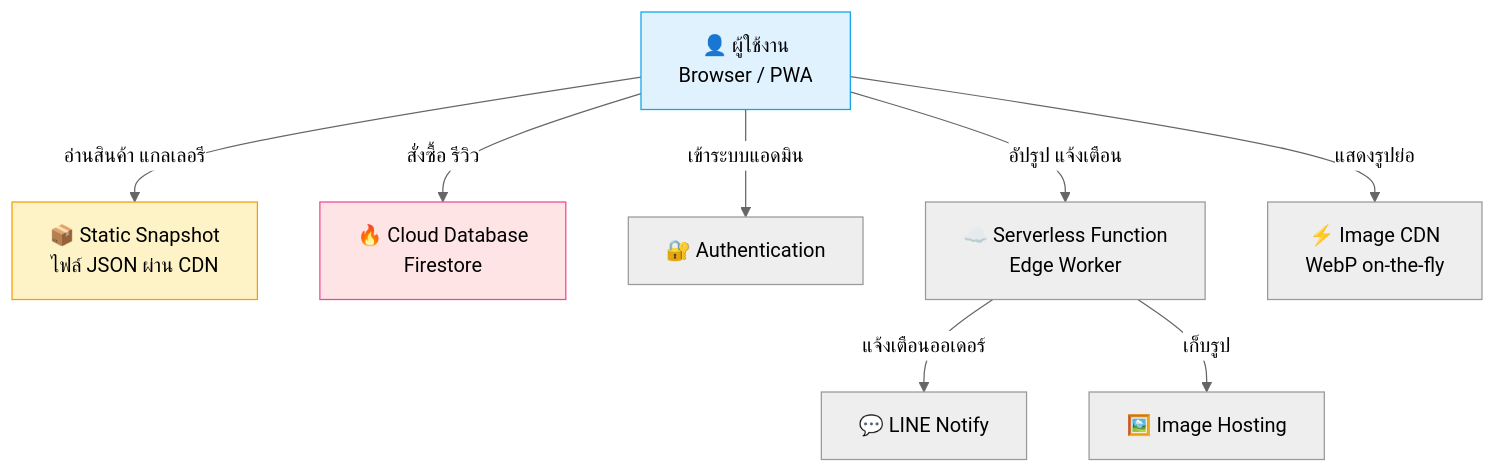
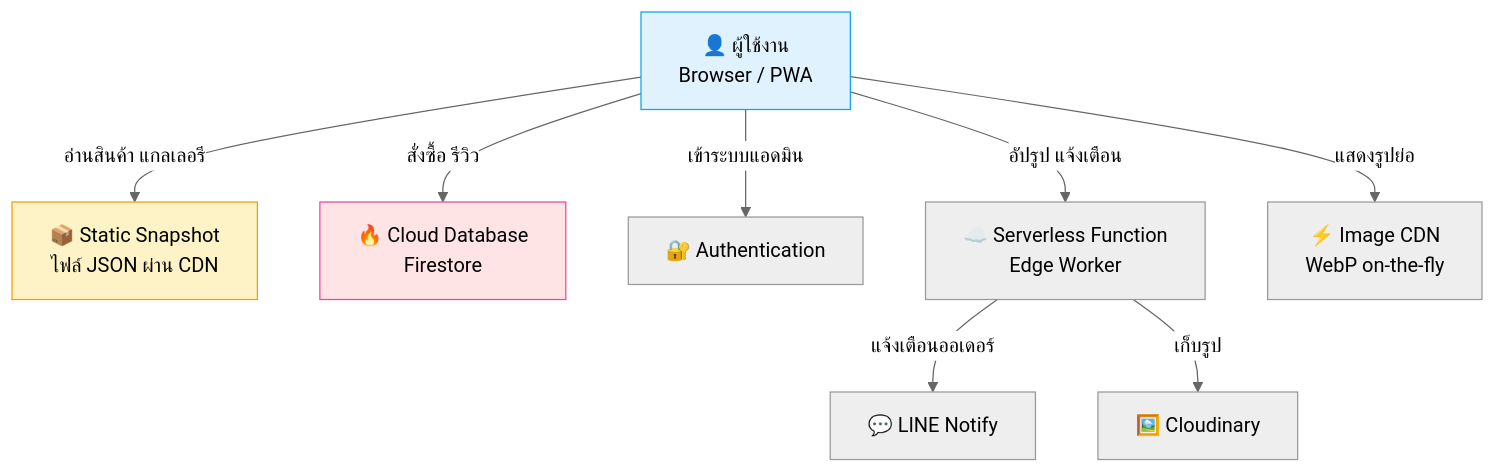
Before and after one commit to Chaiwutz14/Diamond-Cute-Studio: the diagram in README.md, drawn with Mermaid (neutral theme). The commit also changed other lines of this file and 1 other file, not shown here.

````diff
--- a/README.md
+++ b/README.md
@@ -56,14 +56,14 @@
 ```mermaid
 graph TD
     A[👤 ผู้ใช้งาน<br/>Browser / PWA] -->|อ่านสินค้า แกลเลอรี| B[📦 Static Snapshot<br/>ไฟล์ JSON ผ่าน CDN]
     A -->|สั่งซื้อ รีวิว| C[🔥 Cloud Database<br/>Firestore]
     A -->|เข้าระบบแอดมิน| D[🔐 Authentication]
     A -->|อัปรูป แจ้งเตือน| E[☁️ Serverless Function<br/>Edge Worker]
     E -->|แจ้งเตือนออเดอร์| F[💬 LINE Notify]
-    E -->|เก็บรูป| G[🖼️ Image Hosting]
+    E -->|เก็บรูป| G[🖼️ Cloudinary]
     A -->|แสดงรูปย่อ| H[⚡ Image CDN<br/>WebP on-the-fly]
 
     style A fill:#E0F2FE,stroke:#0EA5E9
     style B fill:#FEF3C7,stroke:#F59E0B
     style C fill:#FFE4E6,stroke:#EC4899
 ```
````
